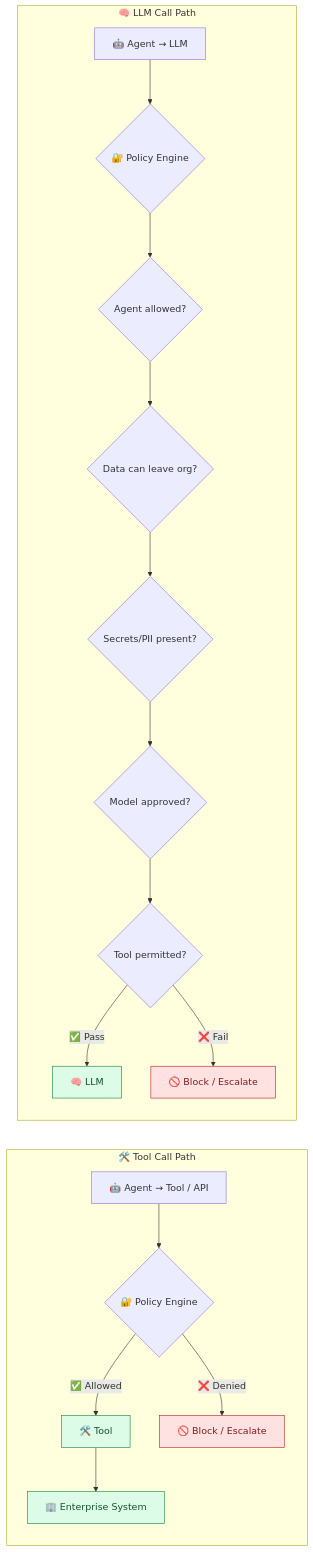
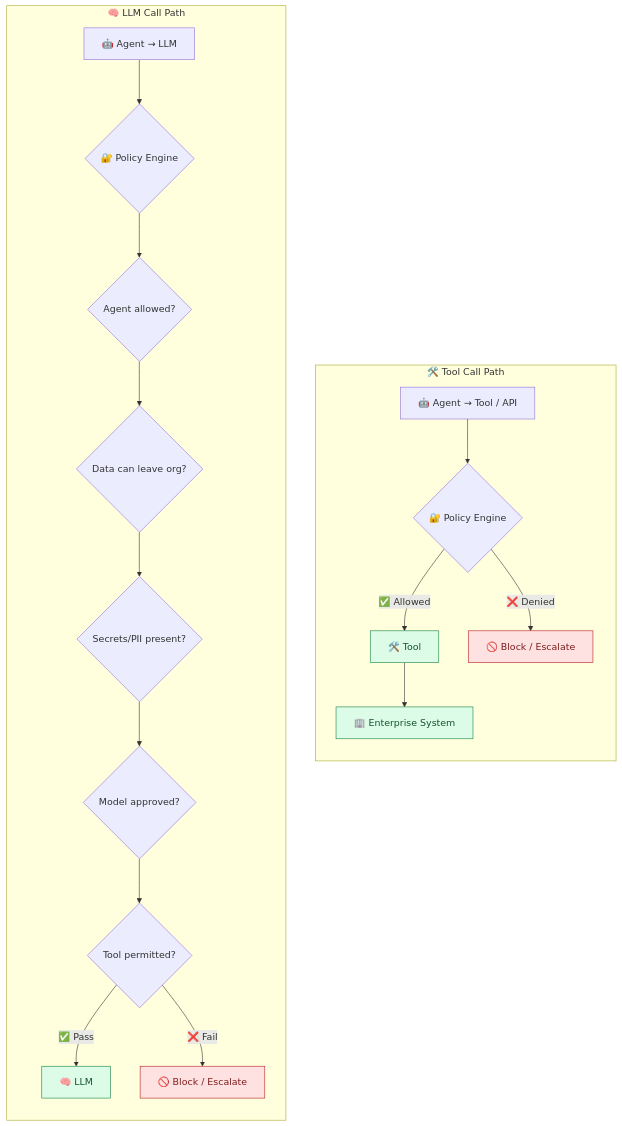
Before and after one commit to contactkkiran/enterprise-multi-agent-agent-native-platform: the second of 5 diagrams in Roughnotes.md, drawn with Mermaid. The commit also changed other lines of this file, not shown here.

````diff
--- a/Roughnotes.md
+++ b/Roughnotes.md
@@ -107,28 +63,28 @@
 ```mermaid
-flowchart TD
+flowchart LR
     subgraph LLM_CALL["🧠 LLM Call Path"]
         direction TB
         A1["🤖 Agent → LLM"] --> PE1{"🔐 Policy Engine"}
         PE1 --> Q1{"Agent allowed?"}
         Q1 --> Q2{"Data can leave org?"}
         Q2 --> Q3{"Secrets/PII present?"}
         Q3 --> Q4{"Model approved?"}
         Q4 --> Q5{"Tool permitted?"}
         Q5 -->|✅ Pass| LLM["🧠 LLM"]
         Q5 -->|❌ Fail| Block1["🚫 Block / Escalate"]
     end
 
     LLM_CALL ~~~ TOOL_CALL
 
     subgraph TOOL_CALL["🛠️ Tool Call Path"]
         direction TB
         A2["🤖 Agent → Tool / API"] --> PE2{"🔐 Policy Engine"}
         PE2 -->|✅ Allowed| Tool["🛠️ Tool"] --> Sys["🏢 Enterprise System"]
         PE2 -->|❌ Denied| Block2["🚫 Block / Escalate"]
     end
 
     classDef pass fill:#dcfce7,stroke:#15803d,color:#14532d
     classDef fail fill:#fee2e2,stroke:#b91c1c,color:#7f1d1d
     class LLM,Tool,Sys pass
     class Block1,Block2 fail
 ```
````
